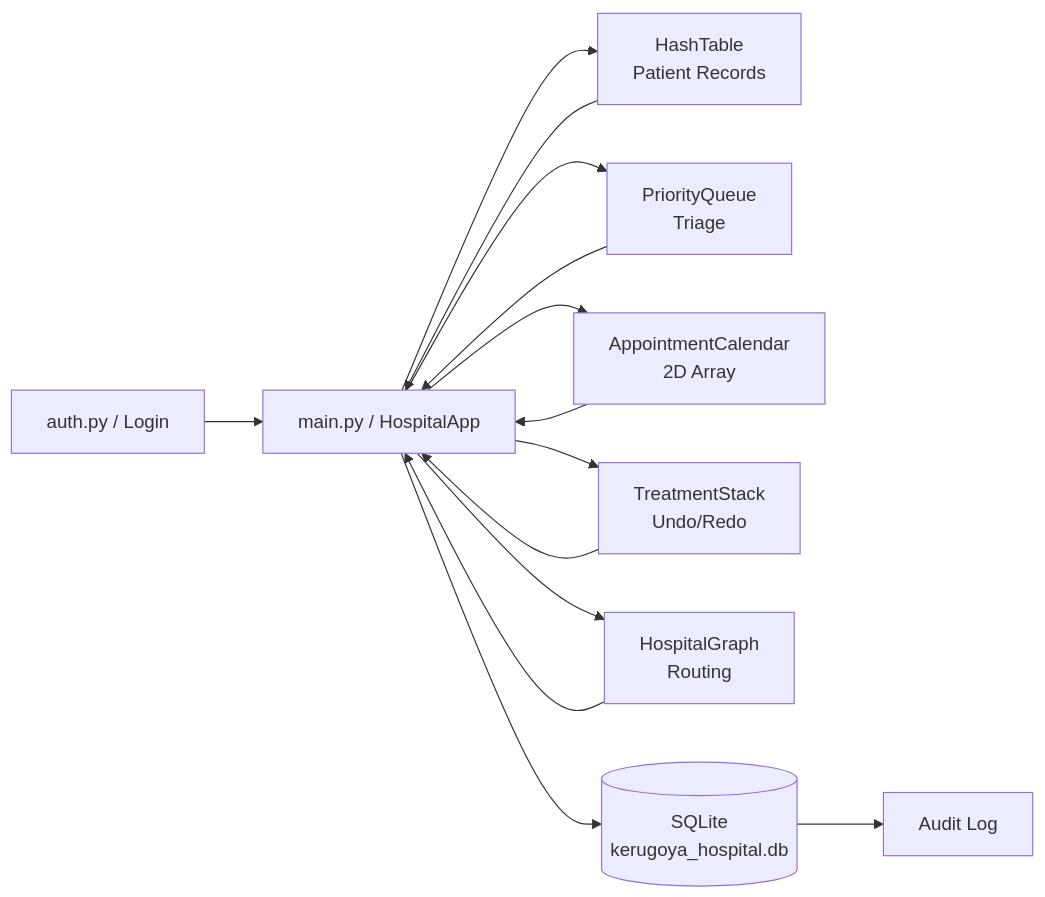
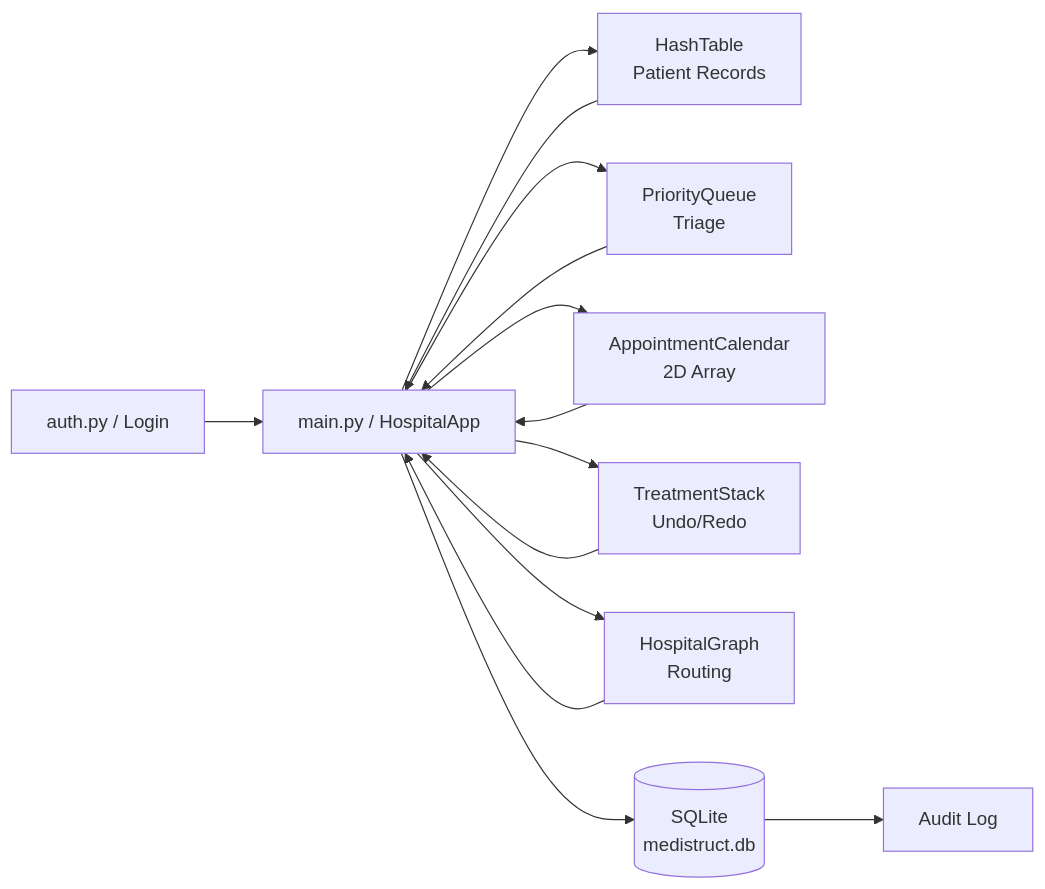
The first of 2 diagrams in docs/ARCHITECTURE.md (jonterob/MediStruct), drawn with Mermaid before and after one commit. The commit also changed other lines of this file and 14 other files, not shown here.

````diff
--- a/docs/ARCHITECTURE.md
+++ b/docs/ARCHITECTURE.md
@@ -62,23 +62,23 @@
 ```mermaid
 flowchart LR
 	Auth[auth.py / Login] --> UI[main.py / HospitalApp]
 	UI --> DS1[HashTable
 Patient Records]
 	UI --> DS2[PriorityQueue
 Triage]
 	UI --> DS3[AppointmentCalendar
 2D Array]
 	UI --> DS4[TreatmentStack
 Undo/Redo]
 	UI --> DS5[HospitalGraph
 Routing]
 	UI --> DB[(SQLite
-kerugoya_hospital.db)]
+medistruct.db)]
 	DB --> Audit[Audit Log]
 
 	DS1 --> UI
 	DS2 --> UI
 	DS3 --> UI
 	DS4 --> UI
 	DS5 --> UI
 ```
````
